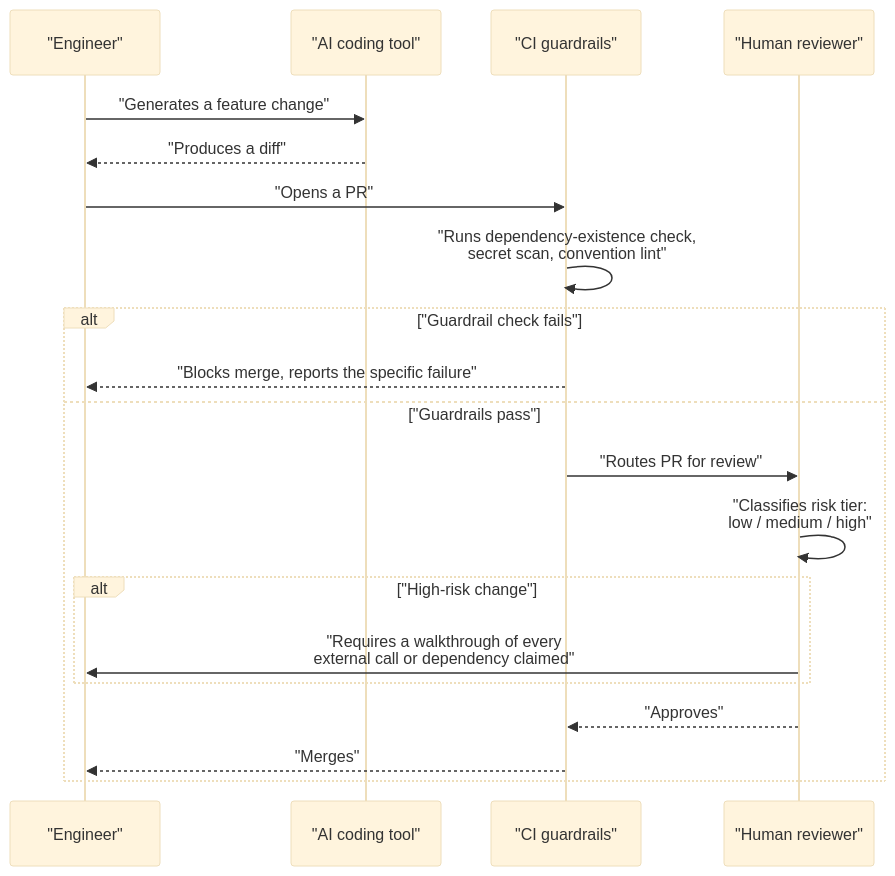
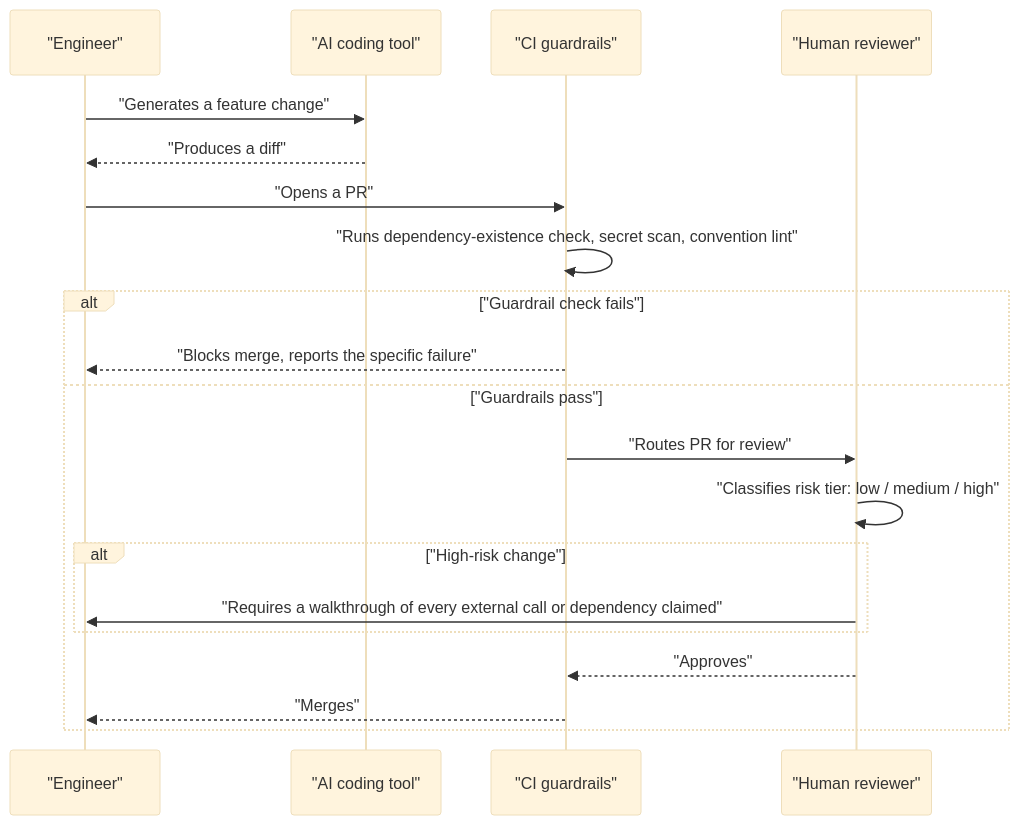
Before and after one commit to vinayakhumberi/litmus: the second of 2 diagrams in data/topics/leading-ai-tool-adoption.md, drawn with Mermaid (base theme). The commit also changed other lines of this file and 68 other files, not shown here.

````diff
--- a/data/topics/leading-ai-tool-adoption.md
+++ b/data/topics/leading-ai-tool-adoption.md
@@ -126,23 +126,23 @@
 ```mermaid
 sequenceDiagram
     participant Dev as "Engineer"
     participant AI as "AI coding tool"
     participant CI as "CI guardrails"
     participant Rev as "Human reviewer"
 
     Dev->>AI: "Generates a feature change"
     AI-->>Dev: "Produces a diff"
     Dev->>CI: "Opens a PR"
-    CI->>CI: "Runs dependency-existence check,<br>secret scan, convention lint"
+    CI->>CI: "Runs dependency-existence check, secret scan, convention lint"
     alt "Guardrail check fails"
         CI-->>Dev: "Blocks merge, reports the specific failure"
     else "Guardrails pass"
         CI->>Rev: "Routes PR for review"
-        Rev->>Rev: "Classifies risk tier:<br>low / medium / high"
+        Rev->>Rev: "Classifies risk tier: low / medium / high"
         alt "High-risk change"
-            Rev->>Dev: "Requires a walkthrough of every<br>external call or dependency claimed"
+            Rev->>Dev: "Requires a walkthrough of every external call or dependency claimed"
         end
         Rev-->>CI: "Approves"
         CI-->>Dev: "Merges"
     end
 ```
````
